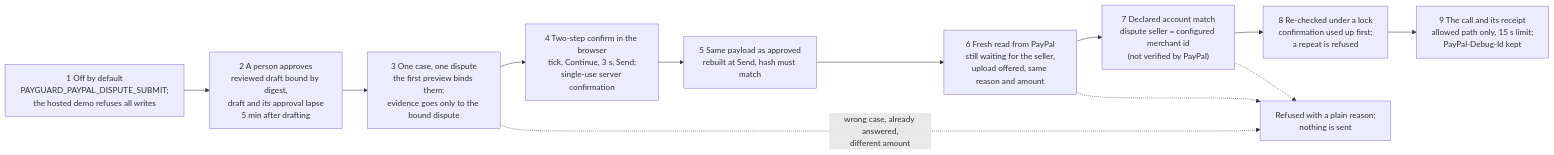
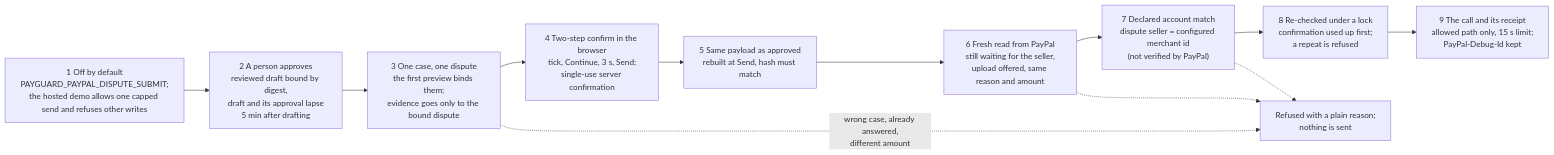
One commit to jiarong0423/payguard-ai changed the diagram in docs/submission/diagrams/paypal_write_guards.mmd. Above: the diagram before and after it, drawn with Mermaid. The commit also changed 40 other files, not shown here.

Commit message:
Wording and diagrams agree with the current state: six sends, hosted reads plus one capped send, the 2:41 video and its hosted send, corrected counts

```diff
--- a/docs/submission/diagrams/paypal_write_guards.mmd
+++ b/docs/submission/diagrams/paypal_write_guards.mmd
@@ -1,12 +1,12 @@
 flowchart LR
-    S1["1 Off by default<br/>PAYGUARD_PAYPAL_DISPUTE_SUBMIT;<br/>the hosted demo refuses all writes"] --> S2["2 A person approves<br/>reviewed draft bound by digest,<br/>draft and its approval lapse<br/>5 min after drafting"]
+    S1["1 Off by default<br/>PAYGUARD_PAYPAL_DISPUTE_SUBMIT;<br/>the hosted demo allows one capped send and refuses other writes"] --> S2["2 A person approves<br/>reviewed draft bound by digest,<br/>draft and its approval lapse<br/>5 min after drafting"]
     S2 --> S3["3 One case, one dispute<br/>the first preview binds them;<br/>evidence goes only to the bound dispute"]
     S3 --> S4["4 Two-step confirm in the browser<br/>tick, Continue, 3 s, Send;<br/>single-use server confirmation"]
     S4 --> S5["5 Same payload as approved<br/>rebuilt at Send, hash must match"]
     S5 --> S6["6 Fresh read from PayPal<br/>still waiting for the seller,<br/>upload offered, same reason and amount"]
     S6 --> S7["7 Declared account match<br/>dispute seller = configured merchant id<br/>(not verified by PayPal)"]
     S7 --> S8["8 Re-checked under a lock<br/>confirmation used up first;<br/>a repeat is refused"]
     S8 --> S9["9 The call and its receipt<br/>allowed path only, 15 s limit;<br/>PayPal-Debug-Id kept"]
     S3 -.->|wrong case, already answered,<br/>different amount| R["Refused with a plain reason;<br/>nothing is sent"]
     S6 -.-> R
     S7 -.-> R
```
